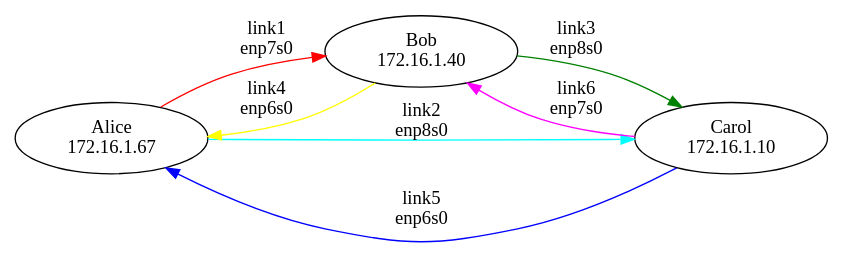
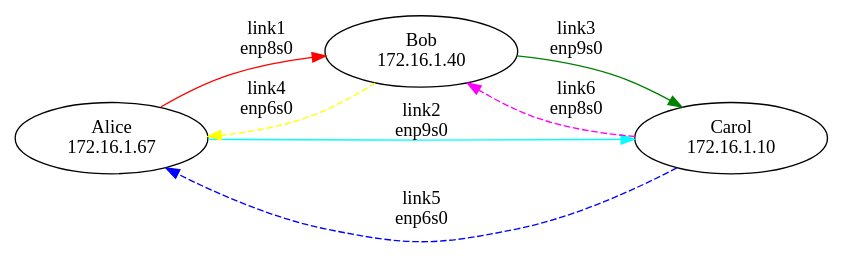
One commit to earthcomputing/bjackson-triangle-demo changed the diagram in triangle-wiring.gv. Above: the diagram before and after it, drawn with Graphviz. The commit also changed 2 other files, not shown here.

Commit message:
update graphs

```diff
--- a/triangle-wiring.gv
+++ b/triangle-wiring.gv
@@ -1,27 +1,28 @@
 digraph G {
     rankdir=LR
 
     Alice [label="Alice\n172.16.1.67"]
     Bob [label="Bob\n172.16.1.40"]
     Carol [label="Carol\n172.16.1.10"]
 
-    Alice:p2 -> Bob:p1 [label="link1\nenp7s0" color=red]
-    Bob:p3 -> Carol:p2 [label="link3\nenp8s0" color=green]
-    Carol:p1 -> Alice:p3 [label="link5\nenp6s0" color=blue]
+    Alice:p2 -> Bob:p1 [label="link1\nenp8s0" color=red]
+    Bob:p3 -> Carol:p2 [label="link3\nenp9s0" color=green]
+    Carol:p1 -> Alice:p3 [label="link5\nenp6s0" color=blue style=dashed]
 
-    Alice:p3 -> Carol:p1 [label="link2\nenp8s0" color=cyan]
-    Carol:p2 -> Bob:p3 [label="link6\nenp7s0" color=magenta]
-    Bob:p1 -> Alice:p2 [label="link4\nenp6s0" color=yellow]
+    Alice:p3 -> Carol:p1 [label="link2\nenp9s0" color=cyan]
+    Carol:p2 -> Bob:p3 [label="link6\nenp8s0" color=magenta style=dashed]
+    Bob:p1 -> Alice:p2 [label="link4\nenp6s0" color=yellow style=dashed]
 }
 
 /*
 link matrix (3 forward, 3 backward)
+columns=outbound
 
-        A/enp6  B/enp7  C/enp8
+        A/enp6  B/enp8  C/enp9
 A/enp6  -       1       2
-B/enp7  4       -       3
-C/enp8  5       6       -
+B/enp8  4       -       3
+C/enp9  5       6       -
 
 numbered starting at 1 ; 0 reserved for cell-agent
-port_map = [ 'enp6s0', 'enp7s0', 'enp8s0', 'enp9s0' ];
+{ 1: 'enp6s0', 2: 'enp8s0', 3: 'enp9s0', 4: 'enp7s0' }
 */
```
